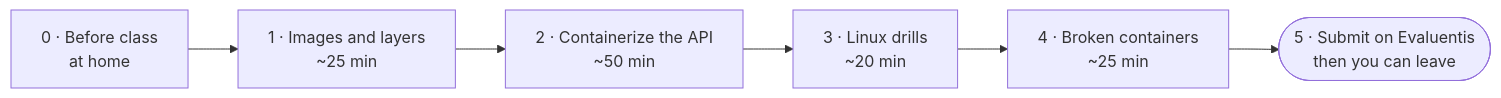
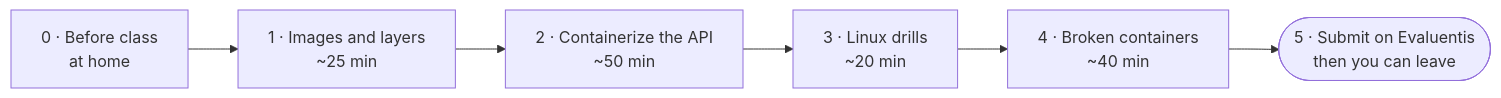
One commit to Abhirajdhingrax/turiba-devops-labs changed the diagram in lab02-containerize-and-debug/README.md. Above: the diagram before and after it, drawn with Mermaid. The commit also changed other lines of this file, not shown here.

First line of the commit message:
Lab 2: require five of the broken images 2-7

````diff
--- a/lab02-containerize-and-debug/README.md
+++ b/lab02-containerize-and-debug/README.md
@@ -15,5 +15,5 @@
 ```mermaid
 flowchart LR
   P0["0 · Before class<br/>at home"] --> P1["1 · Images and layers<br/>~25 min"] --> P2["2 · Containerize the API<br/>~50 min"] --> P3["3 · Linux drills<br/>~20 min"]
-  P3 --> P4["4 · Broken containers<br/>~25 min"] --> P5(["5 · Submit on Evaluentis<br/>then you can leave"])
+  P3 --> P4["4 · Broken containers<br/>~40 min"] --> P5(["5 · Submit on Evaluentis<br/>then you can leave"])
 ```
````
